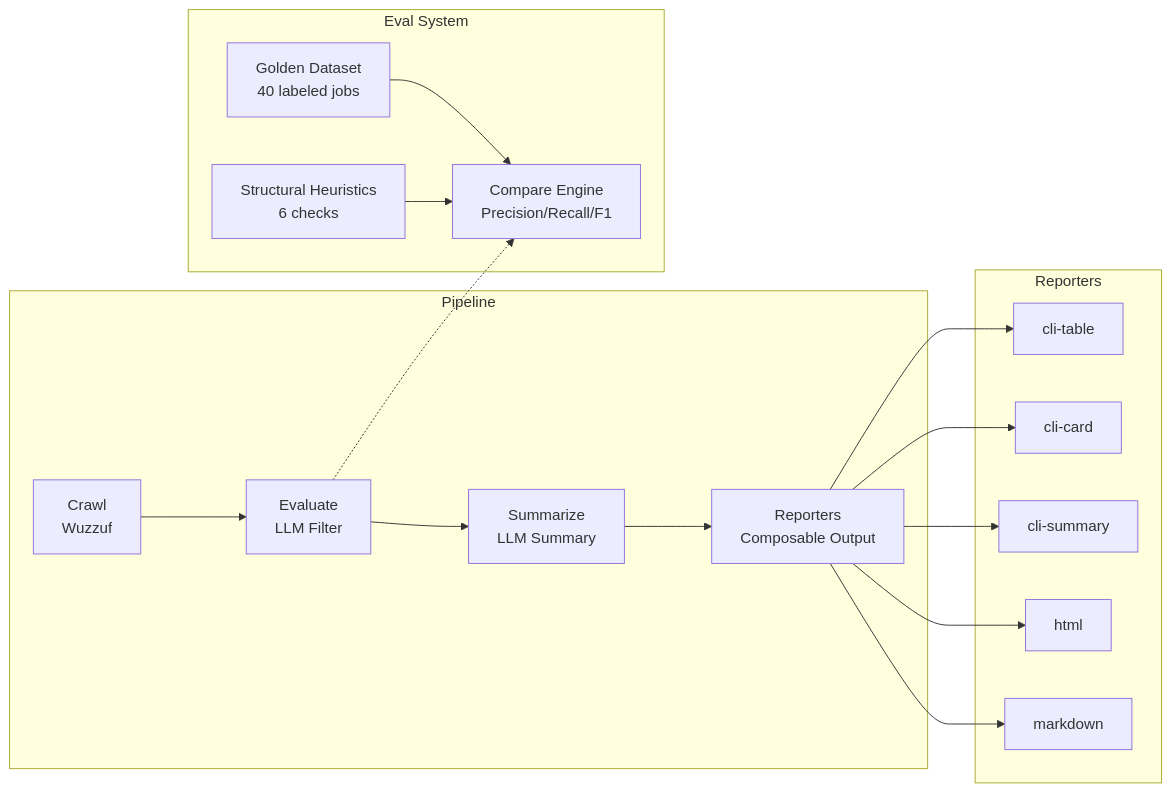
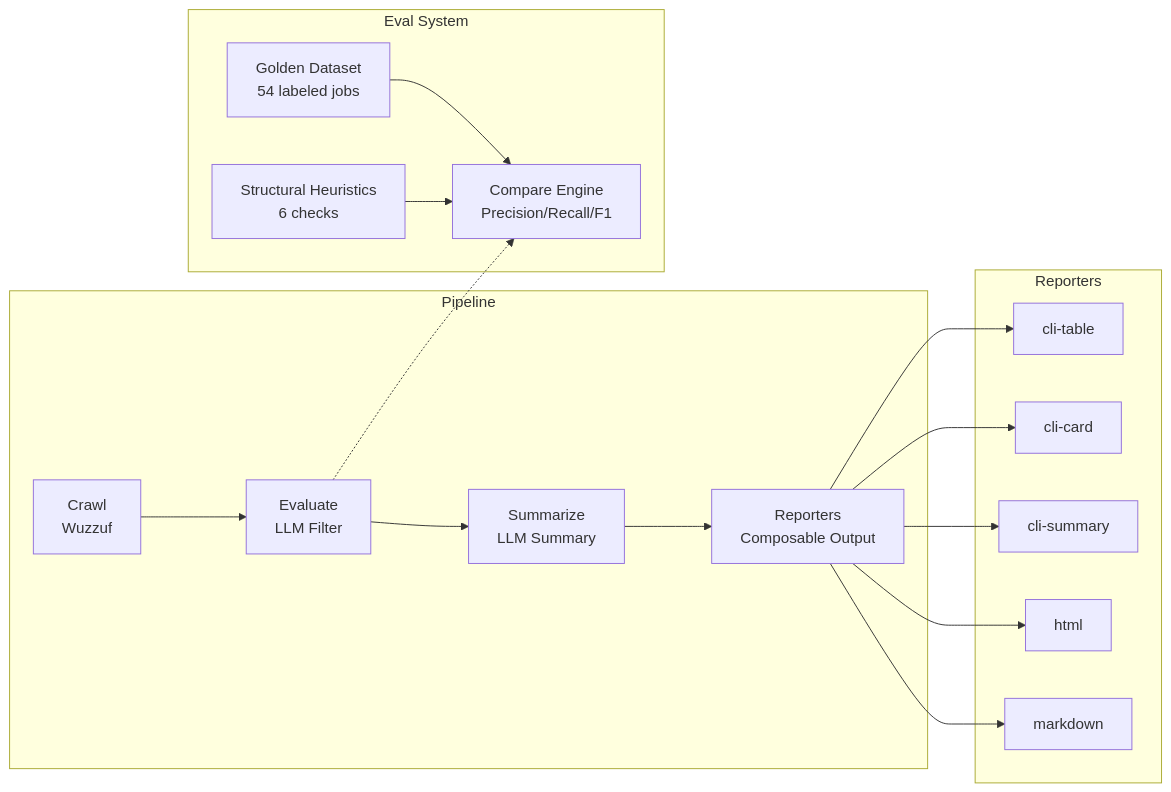
One commit to nightknighto/AI-powered-job-crawler changed the diagram in README.md. Above: the diagram before and after it, drawn with Mermaid. The commit also changed other lines of this file and 26 other files, not shown here.

````diff
--- a/README.md
+++ b/README.md
@@ -24,29 +24,29 @@
 ```mermaid
 flowchart LR
   subgraph Pipeline
     A[Crawl<br/>Wuzzuf] --> B[Evaluate<br/>LLM Filter]
     B --> C[Summarize<br/>LLM Summary]
     C --> D[Reporters<br/>Composable Output]
   end
 
   subgraph Eval System
-    E[Golden Dataset<br/>40 labeled jobs] --> F[Compare Engine<br/>Precision/Recall/F1]
+    E[Golden Dataset<br/>54 labeled jobs] --> F[Compare Engine<br/>Precision/Recall/F1]
     G[Structural Heuristics<br/>6 checks] --> F
   end
 
   B -.-> F
 
   subgraph Reporters
     D1[cli-table] 
     D2[cli-card]
     D3[cli-summary]
     D4[html]
     D5[markdown]
   end
 
   D --> D1
   D --> D2
   D --> D3
   D --> D4
   D --> D5
 ```
````
